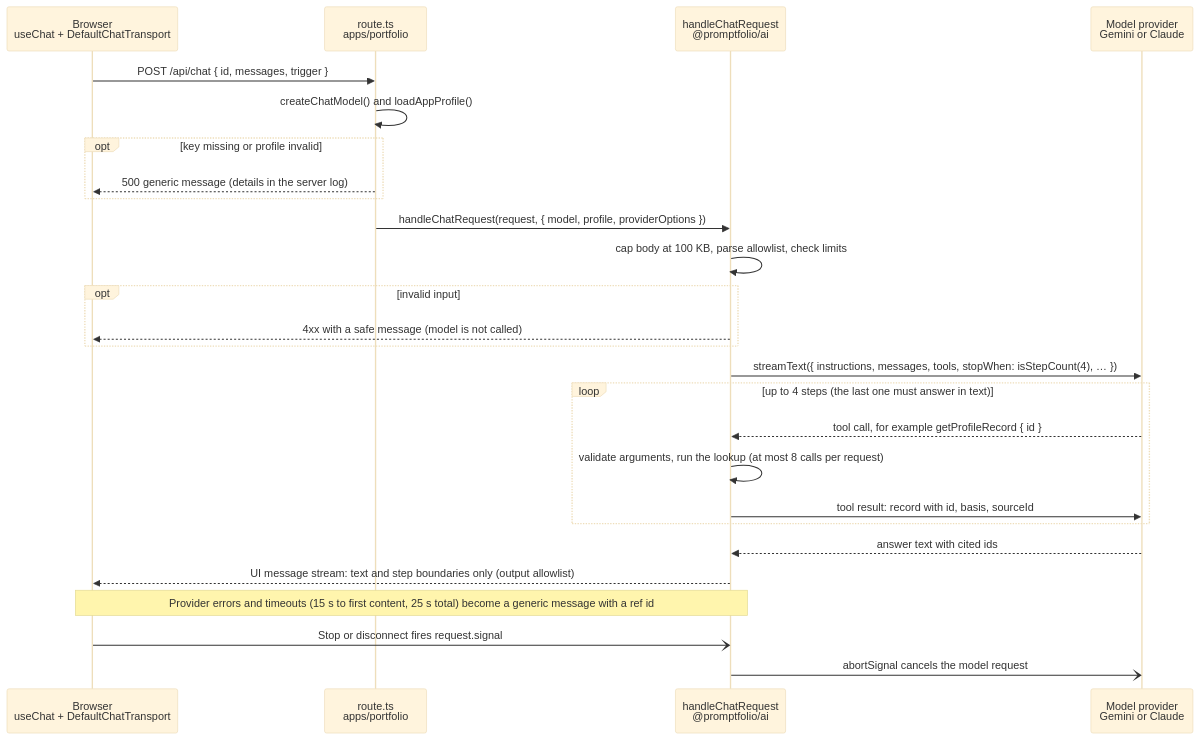
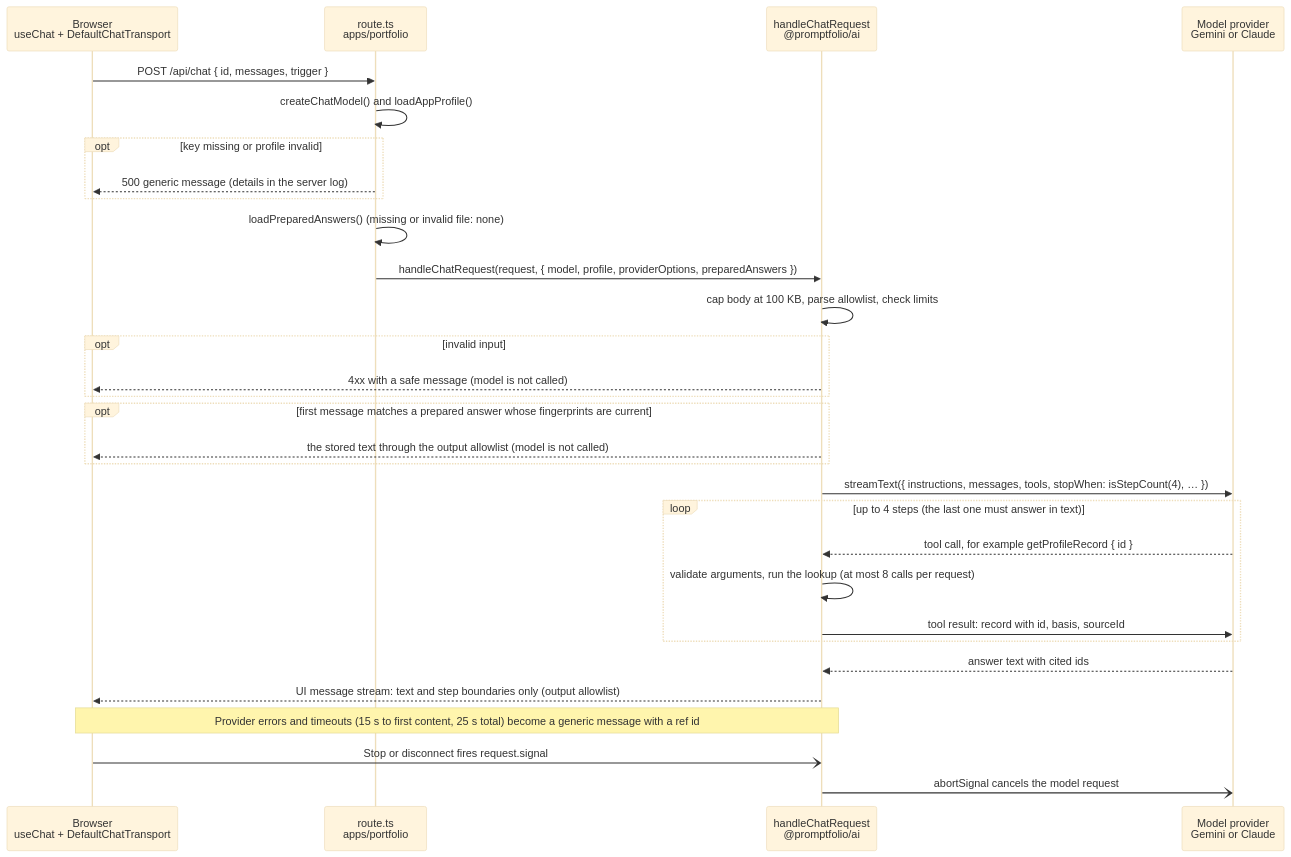
One commit to promptfolios/promptfolio changed the second of 5 diagrams in docs/ARCHITECTURE.md. Above: the diagram before and after it, drawn with Mermaid (base theme). The commit also changed other lines of this file and 4 other files, not shown here.

Commit message:
docs: add the M7 plan and ADR 0008 for prepared answers

````diff
--- a/docs/ARCHITECTURE.md
+++ b/docs/ARCHITECTURE.md
@@ -68,29 +82,33 @@
 ```mermaid
 sequenceDiagram
     participant B as Browser<br/>useChat + DefaultChatTransport
     participant R as route.ts<br/>apps/portfolio
     participant H as handleChatRequest<br/>@promptfolio/ai
     participant P as Model provider<br/>Gemini or Claude
 
     B->>R: POST /api/chat { id, messages, trigger }
     R->>R: createChatModel() and loadAppProfile()
     opt key missing or profile invalid
         R-->>B: 500 generic message (details in the server log)
     end
-    R->>H: handleChatRequest(request, { model, profile, providerOptions })
+    R->>R: loadPreparedAnswers() (missing or invalid file: none)
+    R->>H: handleChatRequest(request, { model, profile, providerOptions, preparedAnswers })
     H->>H: cap body at 100 KB, parse allowlist, check limits
     opt invalid input
         H-->>B: 4xx with a safe message (model is not called)
+    end
+    opt first message matches a prepared answer whose fingerprints are current
+        H-->>B: the stored text through the output allowlist (model is not called)
     end
     H->>P: streamText({ instructions, messages, tools, stopWhen: isStepCount(4), … })
     loop up to 4 steps (the last one must answer in text)
         P-->>H: tool call, for example getProfileRecord { id }
         H->>H: validate arguments, run the lookup (at most 8 calls per request)
         H->>P: tool result: record with id, basis, sourceId
     end
     P-->>H: answer text with cited ids
     H-->>B: UI message stream: text and step boundaries only (output allowlist)
     Note over B,H: Provider errors and timeouts (15 s to first content, 25 s total) become a generic message with a ref id
     B-)H: Stop or disconnect fires request.signal
     H-)P: abortSignal cancels the model request
 ```
````
